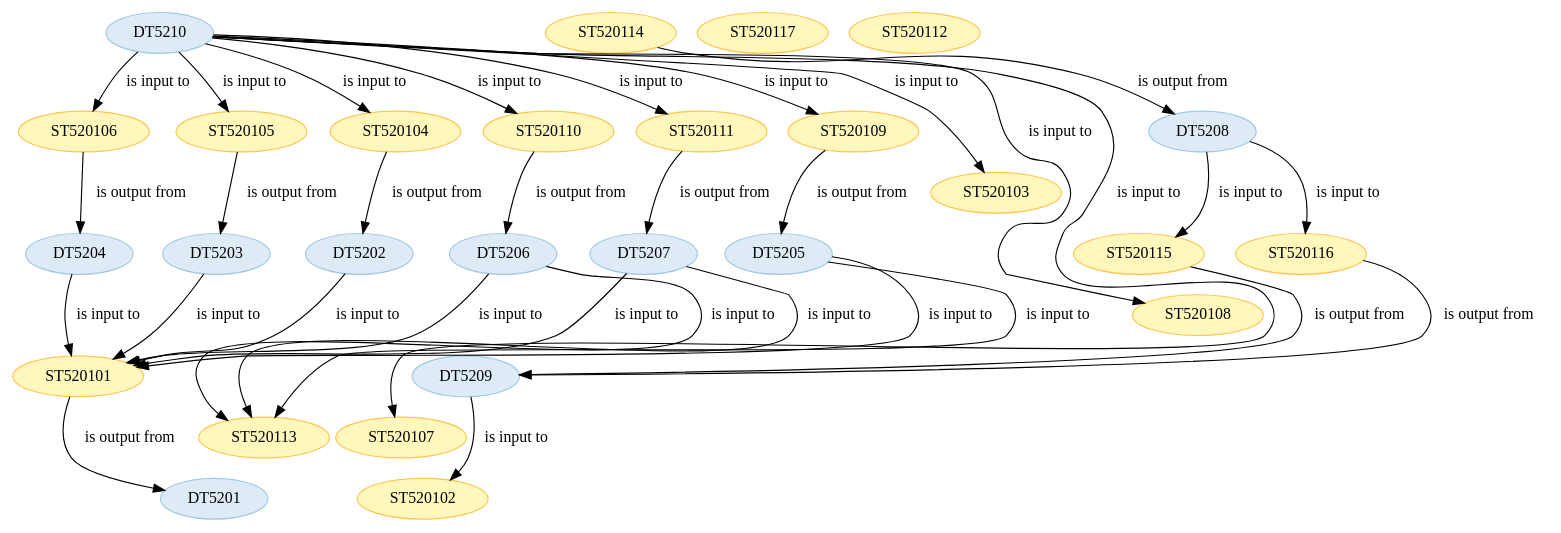
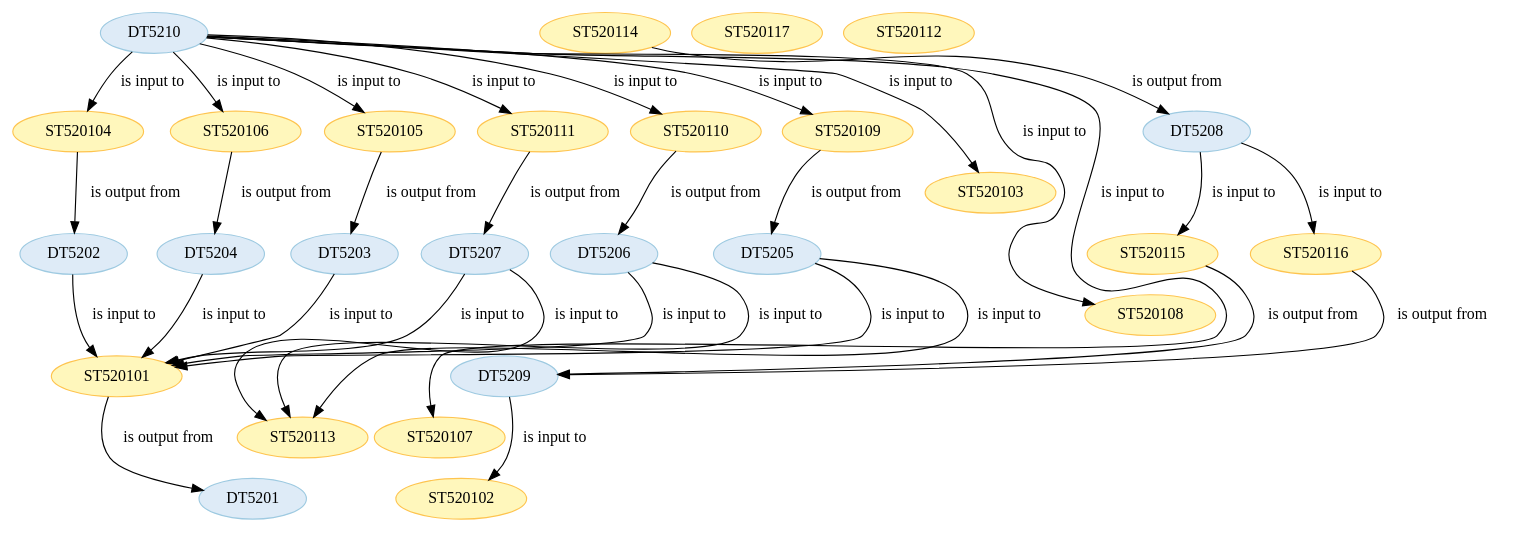
The diagram in wf5201/steps.dot (Marco-Salvi/cwl-test), drawn with Graphviz before and after one commit. The commit also changed other lines of this file and 16 other files, not shown here.

```diff
--- a/wf5201/steps.dot
+++ b/wf5201/steps.dot
@@ -1,120 +1,120 @@
 strict digraph {
 
+
+	"ST520106" [ color="2", colorscheme="ylorbr3", fillcolor="1", style="filled",  weight=0 ];
+
+	"ST520106" -> "DT5204" [ label="is output from", labeltooltip="DT5204 - is output from - ST520106",  weight=0 ];
+
+	"ST520101" [ color="2", colorscheme="ylorbr3", fillcolor="1", style="filled",  weight=0 ];
+
+	"ST520101" -> "DT5201" [ label="is output from", labeltooltip="DT5201 - is output from - ST520101",  weight=0 ];
+
+	"ST520115" [ color="2", colorscheme="ylorbr3", fillcolor="1", style="filled",  weight=0 ];
+
+	"ST520115" -> "DT5209" [ label="is output from", labeltooltip="DT5209 - is output from - ST520115",  weight=0 ];
+
+	"ST520116" [ color="2", colorscheme="ylorbr3", fillcolor="1", style="filled",  weight=0 ];
+
+	"ST520116" -> "DT5209" [ label="is output from", labeltooltip="DT5209 - is output from - ST520116",  weight=0 ];
 
 	"DT5202" [ color="2", colorscheme="blues3", fillcolor="1", style="filled",  weight=0 ];
 
 	"DT5202" -> "ST520101" [ label="is input to", labeltooltip="DT5202 - is input to - ST520101",  weight=0 ];
 
-	"ST520110" [ color="2", colorscheme="ylorbr3", fillcolor="1", style="filled",  weight=0 ];
+	"ST520117" [ color="2", colorscheme="ylorbr3", fillcolor="1", style="filled",  weight=0 ];
 
-	"ST520110" -> "DT5206" [ label="is output from", labeltooltip="DT5206 - is output from - ST520110",  weight=0 ];
+	"DT5204" [ color="2", colorscheme="blues3", fillcolor="1", style="filled",  weight=0 ];
+
+	"DT5204" -> "ST520101" [ label="is input to", labeltooltip="DT5204 - is input to - ST520101",  weight=0 ];
+
+	"ST520112" [ color="2", colorscheme="ylorbr3", fillcolor="1", style="filled",  weight=0 ];
+
+	"DT5206" [ color="2", colorscheme="blues3", fillcolor="1", style="filled",  weight=0 ];
+
+	"DT5206" -> "ST520101" [ label="is input to", labeltooltip="DT5206 - is input to - ST520101",  weight=0 ];
+
+	"DT5206" -> "ST520113" [ label="is input to", labeltooltip="DT5206 - is input to - ST520113",  weight=0 ];
+
+	"ST520104" [ color="2", colorscheme="ylorbr3", fillcolor="1", style="filled",  weight=0 ];
+
+	"ST520104" -> "DT5202" [ label="is output from", labeltooltip="DT5202 - is output from - ST520104",  weight=0 ];
+
+	"DT5201" [ color="2", colorscheme="blues3", fillcolor="1", style="filled",  weight=0 ];
 
 	"ST520103" [ color="2", colorscheme="ylorbr3", fillcolor="1", style="filled",  weight=0 ];
 
-	"ST520108" [ color="2", colorscheme="ylorbr3", fillcolor="1", style="filled",  weight=0 ];
+	"DT5205" [ color="2", colorscheme="blues3", fillcolor="1", style="filled",  weight=0 ];
 
-	"DT5201" [ color="2", colorscheme="blues3", fillcolor="1", style="filled",  weight=0 ];
+	"DT5205" -> "ST520101" [ label="is input to", labeltooltip="DT5205 - is input to - ST520101",  weight=0 ];
+
+	"DT5205" -> "ST520113" [ label="is input to", labeltooltip="DT5205 - is input to - ST520113",  weight=0 ];
 
 	"ST520114" [ color="2", colorscheme="ylorbr3", fillcolor="1", style="filled",  weight=0 ];
 
 	"ST520114" -> "DT5208" [ label="is output from", labeltooltip="DT5208 - is output from - ST520114",  weight=0 ];
 
 	"ST520102" [ color="2", colorscheme="ylorbr3", fillcolor="1", style="filled",  weight=0 ];
 
-	"ST520106" [ color="2", colorscheme="ylorbr3", fillcolor="1", style="filled",  weight=0 ];
+	"ST520108" [ color="2", colorscheme="ylorbr3", fillcolor="1", style="filled",  weight=0 ];
 
-	"ST520106" -> "DT5204" [ label="is output from", labeltooltip="DT5204 - is output from - ST520106",  weight=0 ];
+	"ST520111" [ color="2", colorscheme="ylorbr3", fillcolor="1", style="filled",  weight=0 ];
+
+	"ST520111" -> "DT5207" [ label="is output from", labeltooltip="DT5207 - is output from - ST520111",  weight=0 ];
+
+	"ST520109" [ color="2", colorscheme="ylorbr3", fillcolor="1", style="filled",  weight=0 ];
+
+	"ST520109" -> "DT5205" [ label="is output from", labeltooltip="DT5205 - is output from - ST520109",  weight=0 ];
 
 	"DT5203" [ color="2", colorscheme="blues3", fillcolor="1", style="filled",  weight=0 ];
 
 	"DT5203" -> "ST520101" [ label="is input to", labeltooltip="DT5203 - is input to - ST520101",  weight=0 ];
 
-	"DT5207" [ color="2", colorscheme="blues3", fillcolor="1", style="filled",  weight=0 ];
+	"ST520105" [ color="2", colorscheme="ylorbr3", fillcolor="1", style="filled",  weight=0 ];
 
-	"DT5207" -> "ST520101" [ label="is input to", labeltooltip="DT5207 - is input to - ST520101",  weight=0 ];
-
-	"DT5207" -> "ST520113" [ label="is input to", labeltooltip="DT5207 - is input to - ST520113",  weight=0 ];
-
-	"ST520104" [ color="2", colorscheme="ylorbr3", fillcolor="1", style="filled",  weight=0 ];
-
-	"ST520104" -> "DT5202" [ label="is output from", labeltooltip="DT5202 - is output from - ST520104",  weight=0 ];
-
-	"ST520115" [ color="2", colorscheme="ylorbr3", fillcolor="1", style="filled",  weight=0 ];
-
-	"ST520115" -> "DT5209" [ label="is output from", labeltooltip="DT5209 - is output from - ST520115",  weight=0 ];
-
-	"ST520101" [ color="2", colorscheme="ylorbr3", fillcolor="1", style="filled",  weight=0 ];
-
-	"ST520101" -> "DT5201" [ label="is output from", labeltooltip="DT5201 - is output from - ST520101",  weight=0 ];
+	"ST520105" -> "DT5203" [ label="is output from", labeltooltip="DT5203 - is output from - ST520105",  weight=0 ];
 
 	"DT5209" [ color="2", colorscheme="blues3", fillcolor="1", style="filled",  weight=0 ];
 
 	"DT5209" -> "ST520102" [ label="is input to", labeltooltip="DT5209 - is input to - ST520102",  weight=0 ];
 
-	"DT5205" [ color="2", colorscheme="blues3", fillcolor="1", style="filled",  weight=0 ];
-
-	"DT5205" -> "ST520101" [ label="is input to", labeltooltip="DT5205 - is input to - ST520101",  weight=0 ];
-
-	"DT5205" -> "ST520113" [ label="is input to", labeltooltip="DT5205 - is input to - ST520113",  weight=0 ];
-
-	"ST520113" [ color="2", colorscheme="ylorbr3", fillcolor="1", style="filled",  weight=0 ];
-
-	"ST520117" [ color="2", colorscheme="ylorbr3", fillcolor="1", style="filled",  weight=0 ];
-
-	"DT5208" [ color="2", colorscheme="blues3", fillcolor="1", style="filled",  weight=0 ];
-
-	"DT5208" -> "ST520115" [ label="is input to", labeltooltip="DT5208 - is input to - ST520115",  weight=0 ];
-
-	"DT5208" -> "ST520116" [ label="is input to", labeltooltip="DT5208 - is input to - ST520116",  weight=0 ];
-
-	"ST520105" [ color="2", colorscheme="ylorbr3", fillcolor="1", style="filled",  weight=0 ];
-
-	"ST520105" -> "DT5203" [ label="is output from", labeltooltip="DT5203 - is output from - ST520105",  weight=0 ];
-
-	"DT5204" [ color="2", colorscheme="blues3", fillcolor="1", style="filled",  weight=0 ];
-
-	"DT5204" -> "ST520101" [ label="is input to", labeltooltip="DT5204 - is input to - ST520101",  weight=0 ];
-
-	"ST520107" [ color="2", colorscheme="ylorbr3", fillcolor="1", style="filled",  weight=0 ];
-
-	"ST520111" [ color="2", colorscheme="ylorbr3", fillcolor="1", style="filled",  weight=0 ];
-
-	"ST520111" -> "DT5207" [ label="is output from", labeltooltip="DT5207 - is output from - ST520111",  weight=0 ];
-
-	"ST520116" [ color="2", colorscheme="ylorbr3", fillcolor="1", style="filled",  weight=0 ];
-
-	"ST520116" -> "DT5209" [ label="is output from", labeltooltip="DT5209 - is output from - ST520116",  weight=0 ];
-
-	"DT5206" [ color="2", colorscheme="blues3", fillcolor="1", style="filled",  weight=0 ];
-
-	"DT5206" -> "ST520101" [ label="is input to", labeltooltip="DT5206 - is input to - ST520101",  weight=0 ];
-
-	"DT5206" -> "ST520113" [ label="is input to", labeltooltip="DT5206 - is input to - ST520113",  weight=0 ];
-
 	"DT5210" [ color="2", colorscheme="blues3", fillcolor="1", style="filled",  weight=0 ];
 
-	"DT5210" -> "ST520108" [ label="is input to", labeltooltip="DT5210 - is input to - ST520108",  weight=0 ];
-
-	"DT5210" -> "ST520110" [ label="is input to", labeltooltip="DT5210 - is input to - ST520110",  weight=0 ];
-
 	"DT5210" -> "ST520104" [ label="is input to", labeltooltip="DT5210 - is input to - ST520104",  weight=0 ];
-
-	"DT5210" -> "ST520106" [ label="is input to", labeltooltip="DT5210 - is input to - ST520106",  weight=0 ];
-
-	"DT5210" -> "ST520109" [ label="is input to", labeltooltip="DT5210 - is input to - ST520109",  weight=0 ];
-
-	"DT5210" -> "ST520103" [ label="is input to", labeltooltip="DT5210 - is input to - ST520103",  weight=0 ];
 
 	"DT5210" -> "ST520105" [ label="is input to", labeltooltip="DT5210 - is input to - ST520105",  weight=0 ];
 
 	"DT5210" -> "ST520107" [ label="is input to", labeltooltip="DT5210 - is input to - ST520107",  weight=0 ];
 
+	"DT5210" -> "ST520108" [ label="is input to", labeltooltip="DT5210 - is input to - ST520108",  weight=0 ];
+
+	"DT5210" -> "ST520103" [ label="is input to", labeltooltip="DT5210 - is input to - ST520103",  weight=0 ];
+
+	"DT5210" -> "ST520109" [ label="is input to", labeltooltip="DT5210 - is input to - ST520109",  weight=0 ];
+
+	"DT5210" -> "ST520110" [ label="is input to", labeltooltip="DT5210 - is input to - ST520110",  weight=0 ];
+
 	"DT5210" -> "ST520111" [ label="is input to", labeltooltip="DT5210 - is input to - ST520111",  weight=0 ];
 
-	"ST520109" [ color="2", colorscheme="ylorbr3", fillcolor="1", style="filled",  weight=0 ];
+	"DT5210" -> "ST520106" [ label="is input to", labeltooltip="DT5210 - is input to - ST520106",  weight=0 ];
 
-	"ST520109" -> "DT5205" [ label="is output from", labeltooltip="DT5205 - is output from - ST520109",  weight=0 ];
+	"ST520110" [ color="2", colorscheme="ylorbr3", fillcolor="1", style="filled",  weight=0 ];
 
-	"ST520112" [ color="2", colorscheme="ylorbr3", fillcolor="1", style="filled",  weight=0 ];
+	"ST520110" -> "DT5206" [ label="is output from", labeltooltip="DT5206 - is output from - ST520110",  weight=0 ];
+
+	"DT5208" [ color="2", colorscheme="blues3", fillcolor="1", style="filled",  weight=0 ];
+
+	"DT5208" -> "ST520116" [ label="is input to", labeltooltip="DT5208 - is input to - ST520116",  weight=0 ];
+
+	"DT5208" -> "ST520115" [ label="is input to", labeltooltip="DT5208 - is input to - ST520115",  weight=0 ];
+
+	"DT5207" [ color="2", colorscheme="blues3", fillcolor="1", style="filled",  weight=0 ];
+
+	"DT5207" -> "ST520113" [ label="is input to", labeltooltip="DT5207 - is input to - ST520113",  weight=0 ];
+
+	"DT5207" -> "ST520101" [ label="is input to", labeltooltip="DT5207 - is input to - ST520101",  weight=0 ];
+
+	"ST520113" [ color="2", colorscheme="ylorbr3", fillcolor="1", style="filled",  weight=0 ];
+
+	"ST520107" [ color="2", colorscheme="ylorbr3", fillcolor="1", style="filled",  weight=0 ];
 
 }
```
